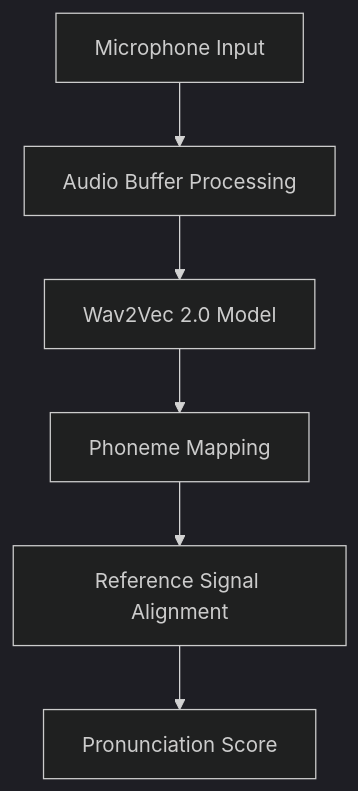
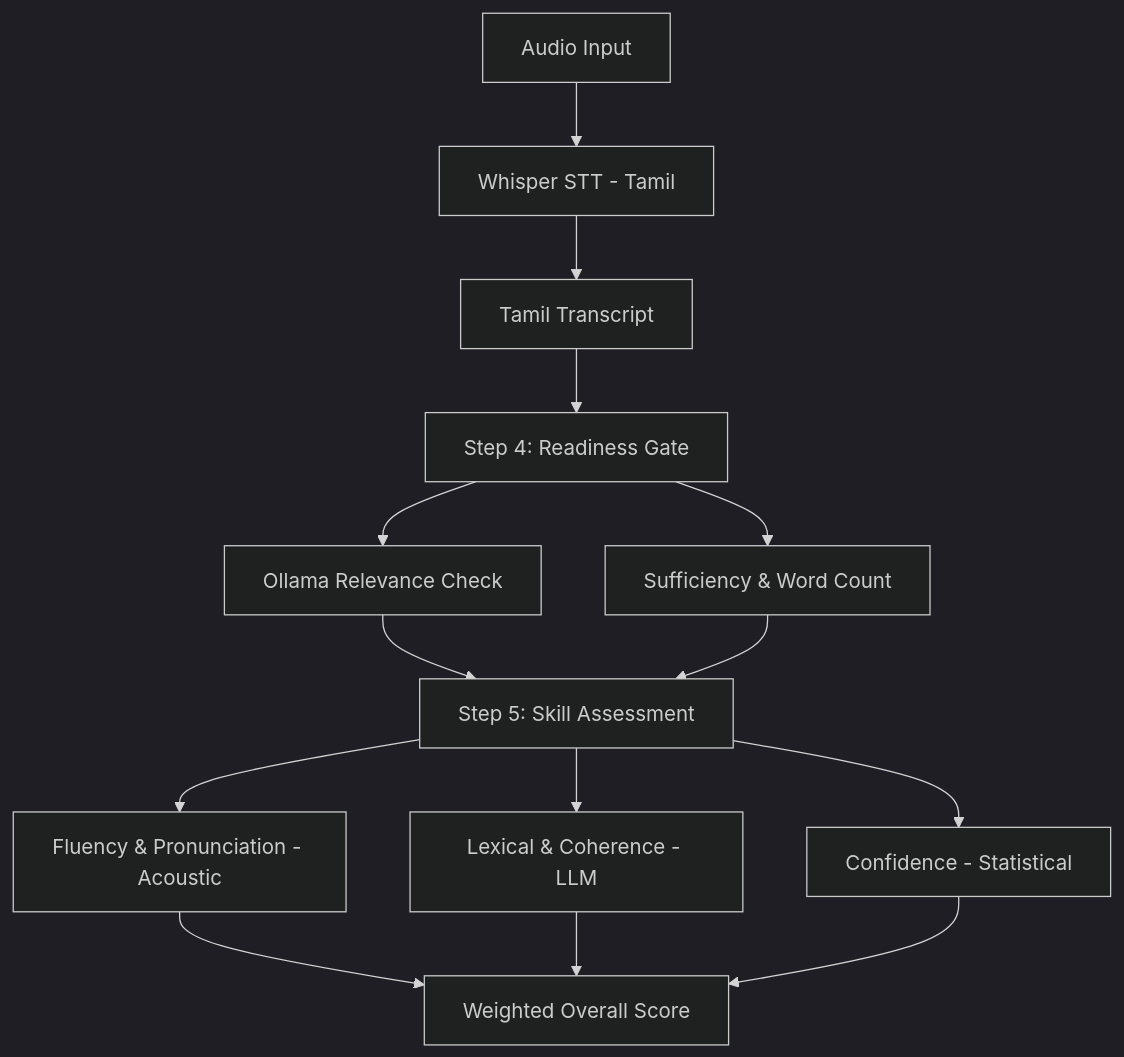
One commit to Saravanan2005real/Tamil-Prouficiency-Assesment-Platform-IITM changed the diagram in speaking tamil/README.md. Above: the diagram before and after it, drawn with Mermaid (dark theme). The commit also changed 5 other files, not shown here.

Commit message:
Update module architecture diagrams to match actual implementation logic (Groq, Ollama, Whisper, Gates)

````diff
--- a/speaking tamil/README.md
+++ b/speaking tamil/README.md
@@ -5,8 +5,13 @@
 ```mermaid
 graph TD
-    Mic[Microphone Input] --> Buff[Audio Buffer Processing]
-    Buff --> W2V[Wav2Vec 2.0 Model]
-    W2V --> Phoneme[Phoneme Mapping]
-    Phoneme --> Match[Reference Signal Alignment]
-    Match --> Pron[Pronunciation Score]
+    Audio[Audio Input] --> Whisper[Whisper STT - Tamil]
+    Whisper --> Transcript[Tamil Transcript]
+    Transcript --> Gate[Step 4: Readiness Gate]
+    Gate --> Rel[Ollama Relevance Check]
+    Gate --> Suff[Sufficiency & Word Count]
+    Rel & Suff --> Skill[Step 5: Skill Assessment]
+    Skill --> A[Fluency & Pronunciation - Acoustic]
+    Skill --> B[Lexical & Coherence - LLM]
+    Skill --> C[Confidence - Statistical]
+    A & B & C --> Final[Weighted Overall Score]
 ```
````
